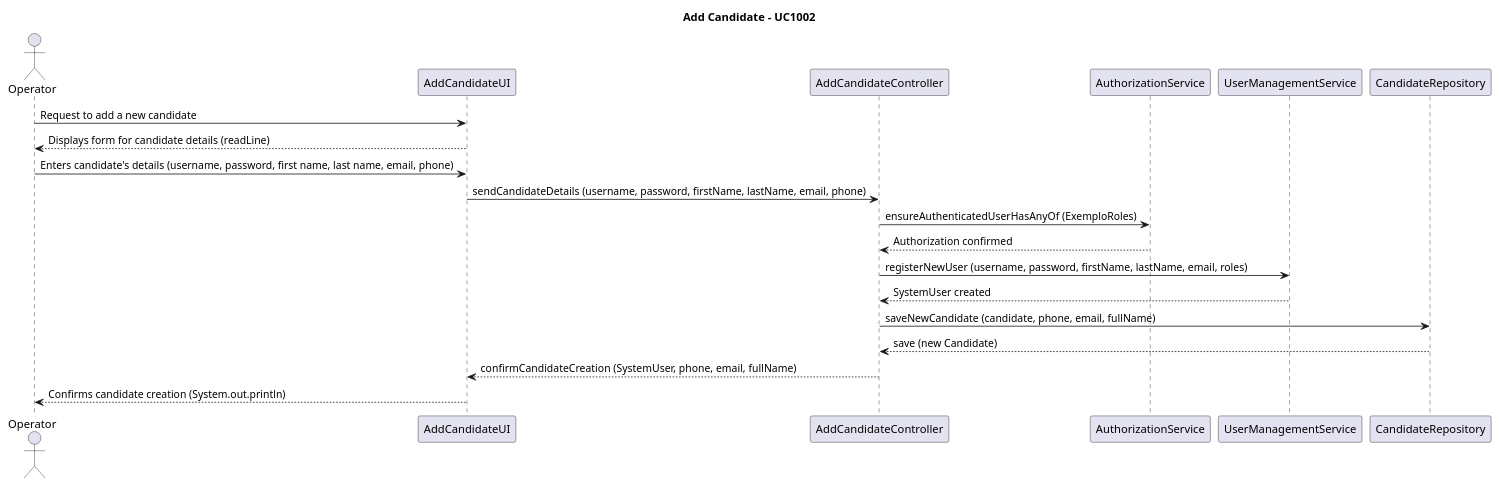
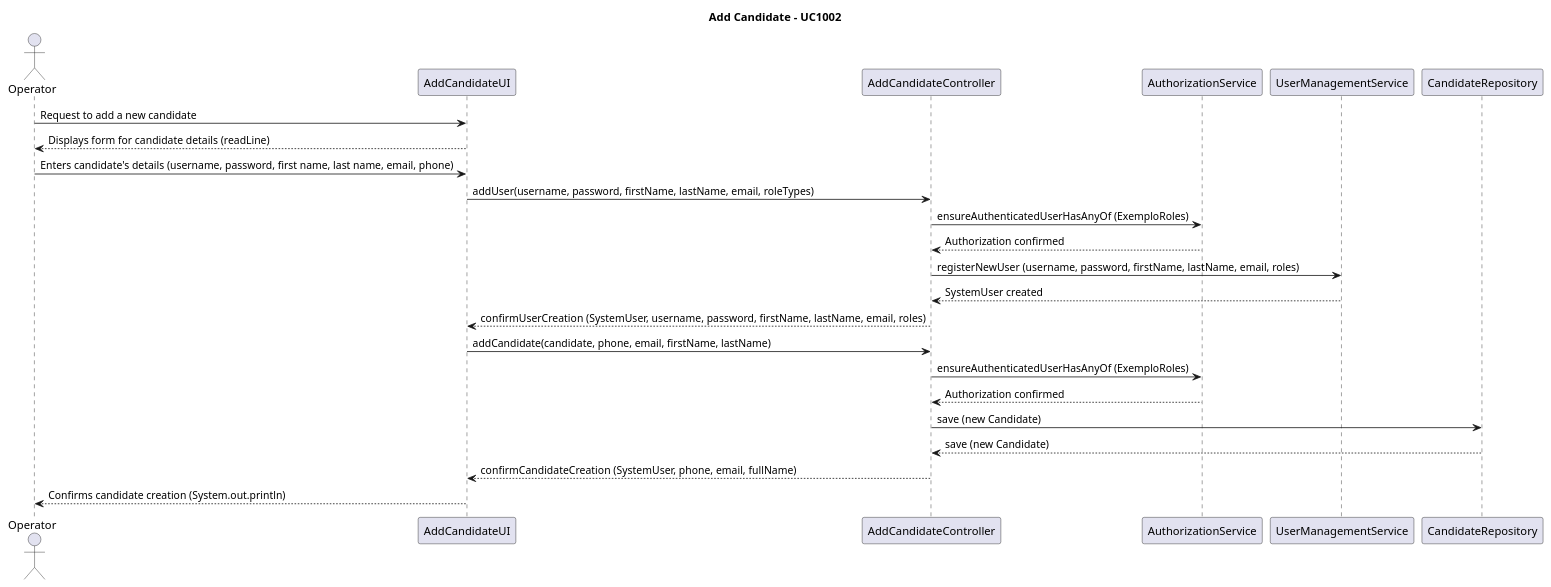
Before and after one commit to Mendoncaa/LAPR4: the diagram in docs/sprintB/US2000/A/SD.puml, drawn with PlantUML. The commit also changed 28 other files, not shown here.

```diff
--- a/docs/sprintB/US2000/A/SD.puml
+++ b/docs/sprintB/US2000/A/SD.puml
@@ -1,39 +1,46 @@
 @startuml
 title Add Candidate - UC1002
 
 actor Operator as "Operator"
 
 participant "AddCandidateUI" as UI
 participant "AddCandidateController" as AC
 participant "AuthorizationService" as Authz
 participant "UserManagementService" as UMS
 participant "CandidateRepository" as CR
 
 ' Step 1: Operator requests to add a new candidate
 Operator -> UI: Request to add a new candidate
 UI --> Operator: Displays form for candidate details (readLine)
 
 ' Step 2: Operator provides candidate details
 Operator -> UI: Enters candidate's details (username, password, first name, last name, email, phone)
 
 ' Step 3: UI sends candidate details to the controller
-UI -> AC: sendCandidateDetails (username, password, firstName, lastName, email, phone)
+UI -> AC: addUser(username, password, firstName, lastName, email, roleTypes)
 
 ' Step 4: Controller verifies authorization
 AC -> Authz: ensureAuthenticatedUserHasAnyOf (ExemploRoles)
 Authz --> AC: Authorization confirmed
 
 ' Step 5: Controller creates a new system user
 AC -> UMS: registerNewUser (username, password, firstName, lastName, email, roles)
 UMS --> AC: SystemUser created
 
+AC --> UI: confirmUserCreation (SystemUser, username, password, firstName, lastName, email, roles)
+
 ' Step 6: Controller creates a new candidate
-AC -> CR: saveNewCandidate (candidate, phone, email, fullName)
+UI -> AC: addCandidate(candidate, phone, email, firstName, lastName)
+
+AC -> Authz: ensureAuthenticatedUserHasAnyOf (ExemploRoles)
+Authz --> AC: Authorization confirmed
+
+AC -> CR: save (new Candidate)
 
 ' Step 7: Candidate added to the repository
 CR --> AC: save (new Candidate)
 
 ' Step 8: Controller confirms successful candidate creation
 AC --> UI: confirmCandidateCreation (SystemUser, phone, email, fullName)
 UI --> Operator: Confirms candidate creation (System.out.println)
 @enduml
```
